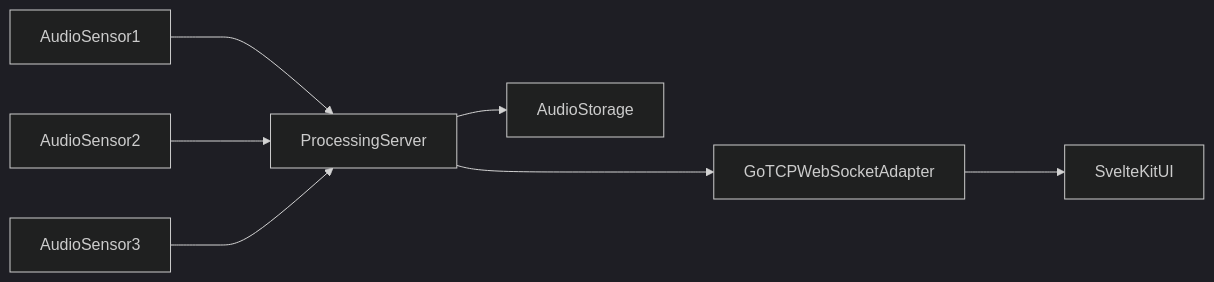
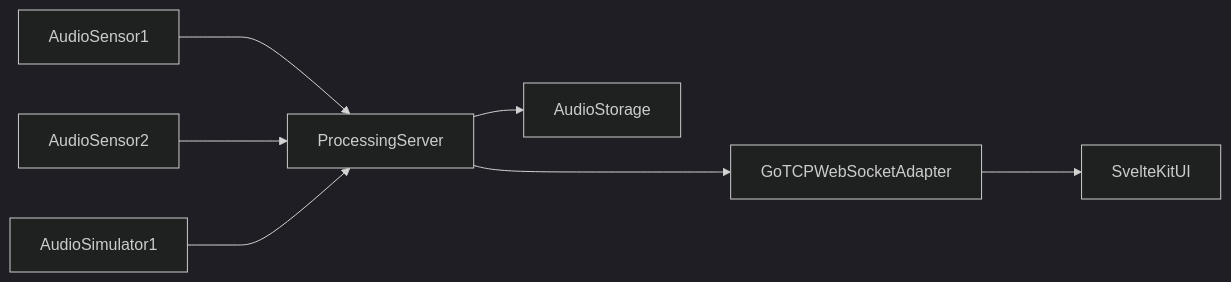
Before and after one commit to Sense-Scape/.github: the diagram in profile/README.md, drawn with Mermaid (dark theme). The commit also changed other lines of this file, not shown here.

````diff
--- a/profile/README.md
+++ b/profile/README.md
@@ -9,13 +9,13 @@
 ``` mermaid
 graph LR; 
 
 AudioSensor1 ---> ProcessingServer
 AudioSensor2 ---> ProcessingServer
-AudioSensor3 ---> ProcessingServer
+AudioSimulator1 ---> ProcessingServer
 
 ProcessingServer --->GoTCPWebSocketAdapter
 ProcessingServer --> AudioStorage
 
 GoTCPWebSocketAdapter --->SvelteKitUI
 
 ```
````
